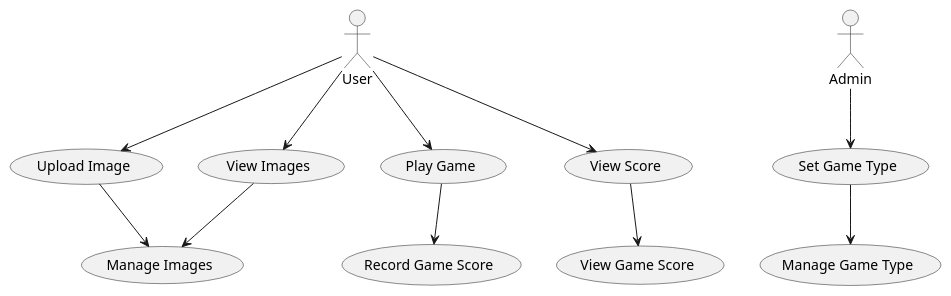
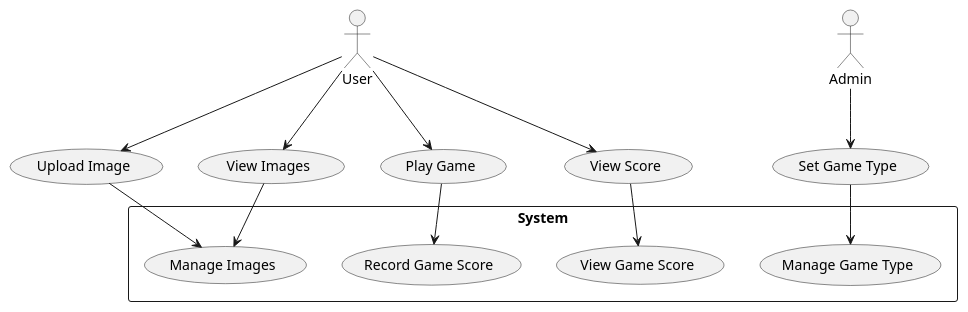
One commit to 2425-4chif-syp/01-projekte-2025-4chif-syp-pepper-minigames changed the diagram in Documentation/Memory_UseCase.puml. Above: the diagram before and after it, drawn with PlantUML. The commit also changed 2 other files, not shown here.

```diff
--- a/Documentation/Memory_UseCase.puml
+++ b/Documentation/Memory_UseCase.puml
@@ -1,24 +1,32 @@
-@startuml
+@startuml PUML
+
 actor "User" as user
+actor "Admin" as admin
 
 usecase "Upload Image" as uploadImage
 usecase "View Images" as viewImages
 usecase "Play Game" as playGame
 usecase "View Score" as viewScore
 usecase "Set Game Type" as setGameType
 
+rectangle "System" {
+  usecase "Manage Images" as manageImages
+  usecase "Record Game Score" as recordScore
+  usecase "View Game Score" as viewGameScore
+  usecase "Manage Game Type" as manageGameType
+
+  uploadImage --> manageImages
+  viewImages --> manageImages
+  playGame --> recordScore
+  viewScore --> viewGameScore
+  setGameType --> manageGameType
+}
+
 user --> uploadImage
 user --> viewImages
 user --> playGame
 user --> viewScore
 
-actor "Admin" as admin
 admin --> setGameType
 
-uploadImage --> (Manage Images)
-viewImages --> (Manage Images)
-playGame --> (Record Game Score)
-viewScore --> (View Game Score)
-setGameType --> (Manage Game Type)
-
 @enduml
```
